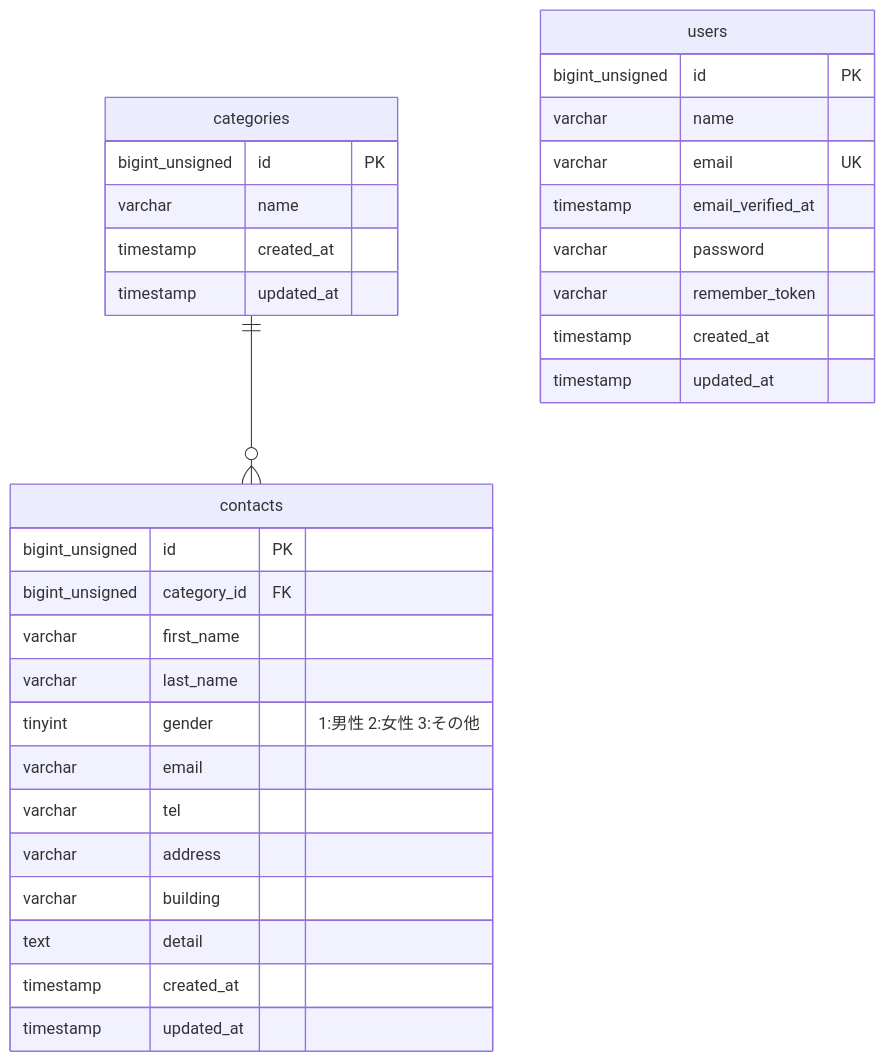
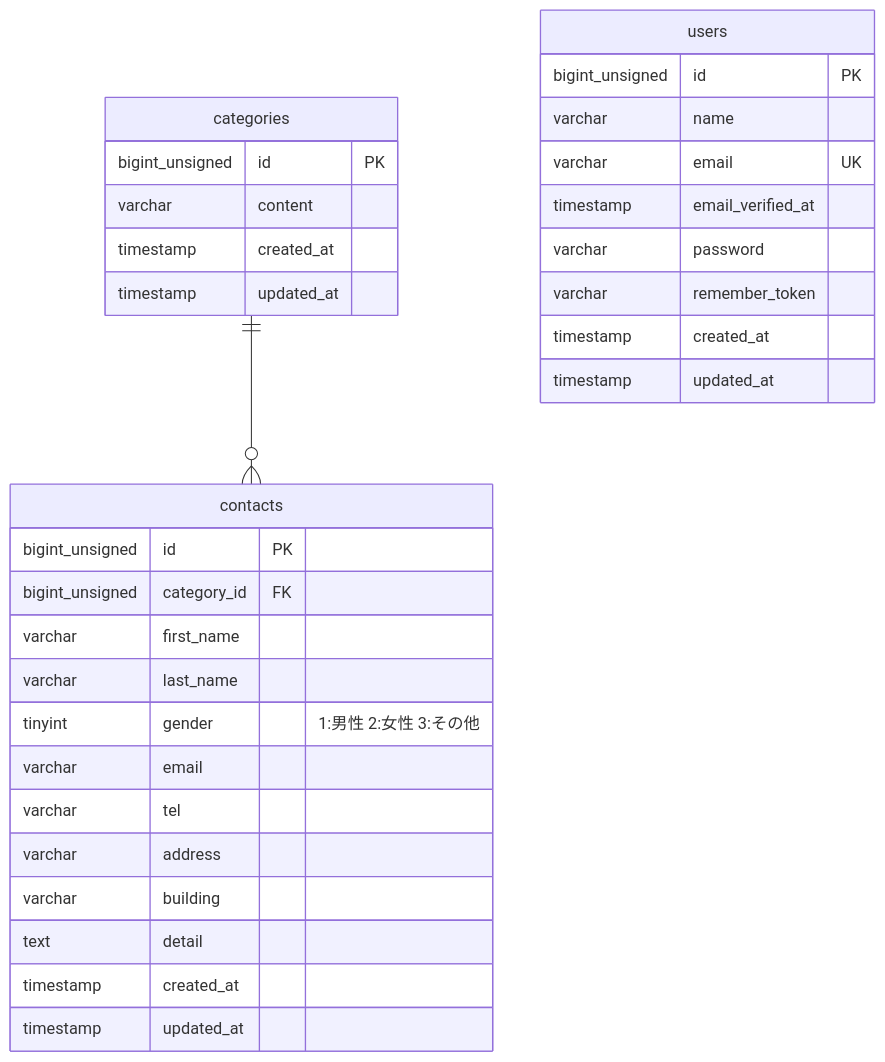
Before and after one commit to mattyopon/basic-test: the diagram in README.md, drawn with Mermaid. The commit also changed other lines of this file and 2 other files, not shown here.

````diff
--- a/README.md
+++ b/README.md
@@ -44,37 +51,37 @@
 ```mermaid
 erDiagram
     categories ||--o{ contacts : ""
 
     users {
         bigint_unsigned id PK
         varchar name
         varchar email UK
         timestamp email_verified_at
         varchar password
         varchar remember_token
         timestamp created_at
         timestamp updated_at
     }
 
     categories {
         bigint_unsigned id PK
-        varchar name
+        varchar content
         timestamp created_at
         timestamp updated_at
     }
 
     contacts {
         bigint_unsigned id PK
         bigint_unsigned category_id FK
         varchar first_name
         varchar last_name
         tinyint gender "1:男性 2:女性 3:その他"
         varchar email
         varchar tel
         varchar address
         varchar building
         text detail
         timestamp created_at
         timestamp updated_at
     }
 ```
````
